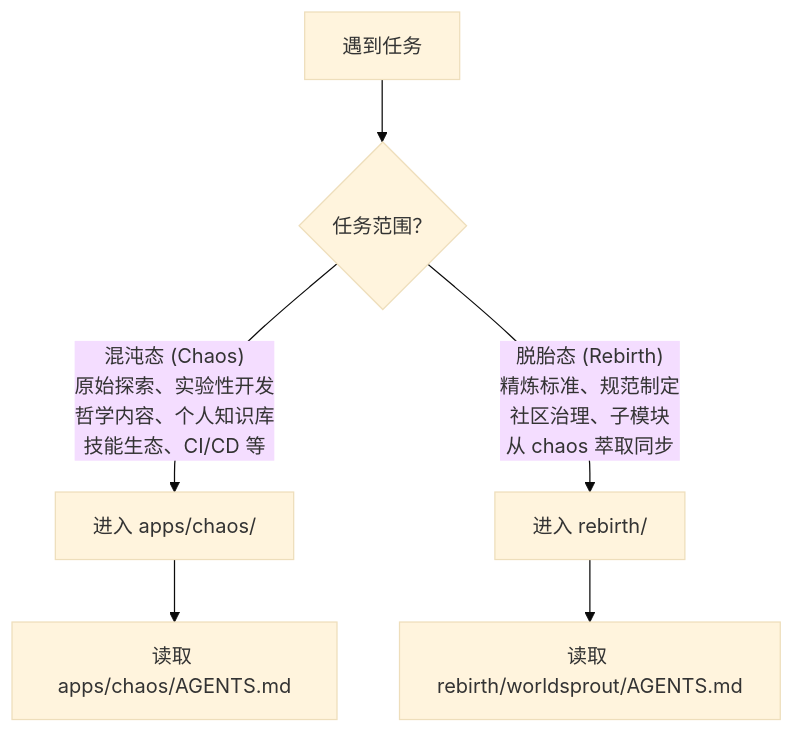
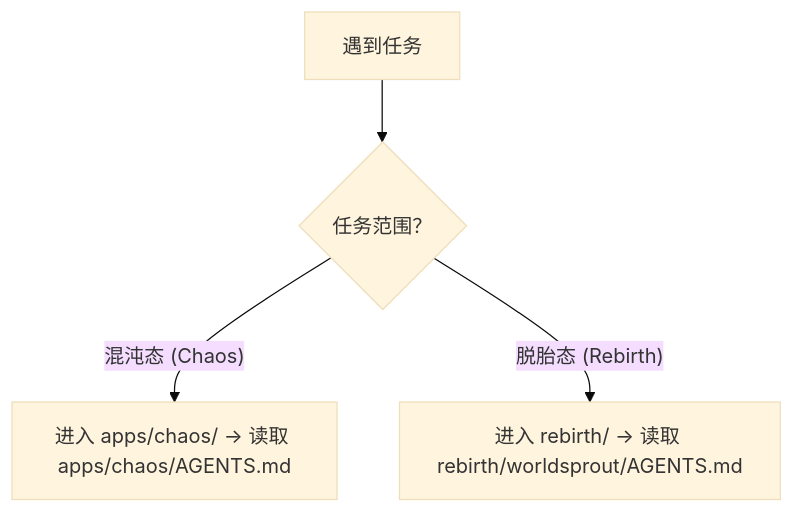
Before and after one commit to xinetzone/tao: the diagram in AGENTS.md, drawn with Mermaid (base theme). The commit also changed other lines of this file and 14 other files, not shown here.

````diff
--- a/AGENTS.md
+++ b/AGENTS.md
@@ -74,8 +58,6 @@
 ```mermaid
 flowchart TD
     Start["遇到任务"] --> Scope{"任务范围？"}
-    Scope -->|"混沌态 (Chaos)<br/>原始探索、实验性开发<br/>哲学内容、个人知识库<br/>技能生态、CI/CD 等"| Chaos["进入 apps/chaos/"]
-    Scope -->|"脱胎态 (Rebirth)<br/>精炼标准、规范制定<br/>社区治理、子模块<br/>从 chaos 萃取同步"| Rebirth["进入 rebirth/"]
-    Chaos --> ChaosAGENTS["读取 apps/chaos/AGENTS.md"]
-    Rebirth --> RebirthAGENTS["读取 rebirth/worldsprout/AGENTS.md"]
+    Scope -->|"混沌态 (Chaos)"| Chaos["进入 apps/chaos/ → 读取 apps/chaos/AGENTS.md"]
+    Scope -->|"脱胎态 (Rebirth)"| Rebirth["进入 rebirth/ → 读取 rebirth/worldsprout/AGENTS.md"]
 ```
````
